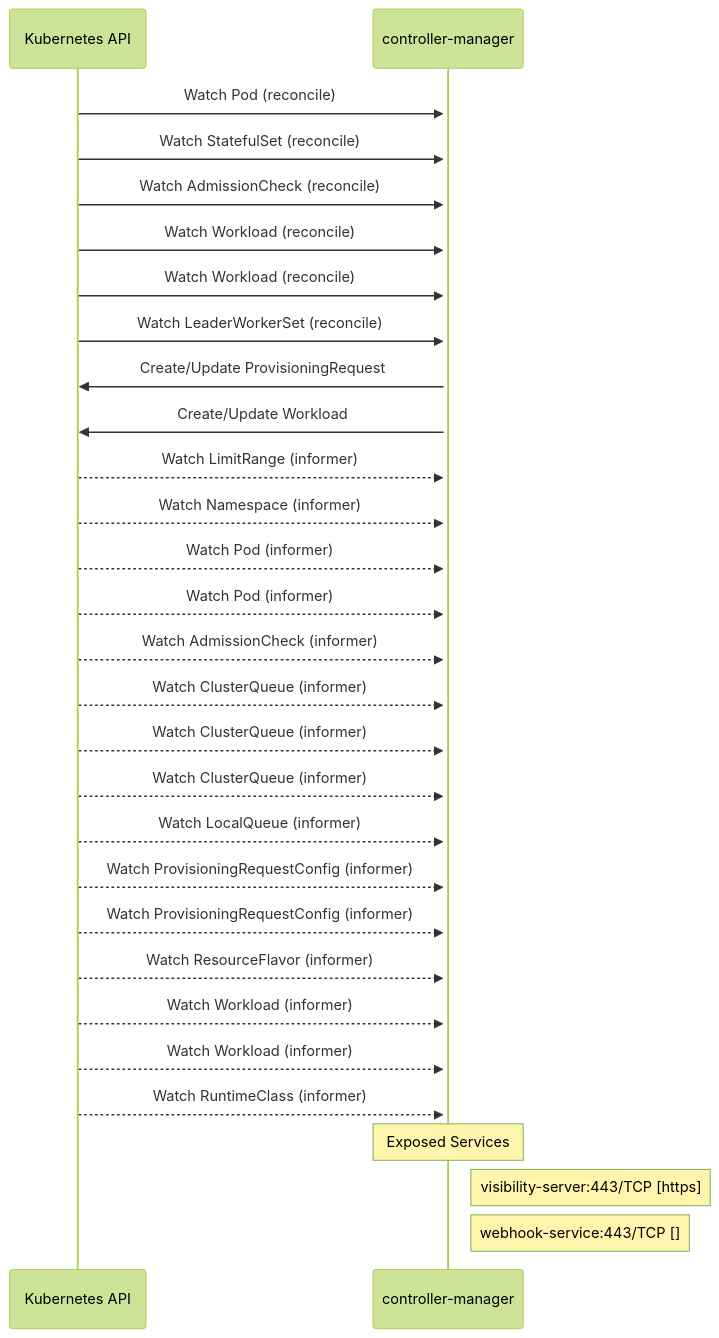
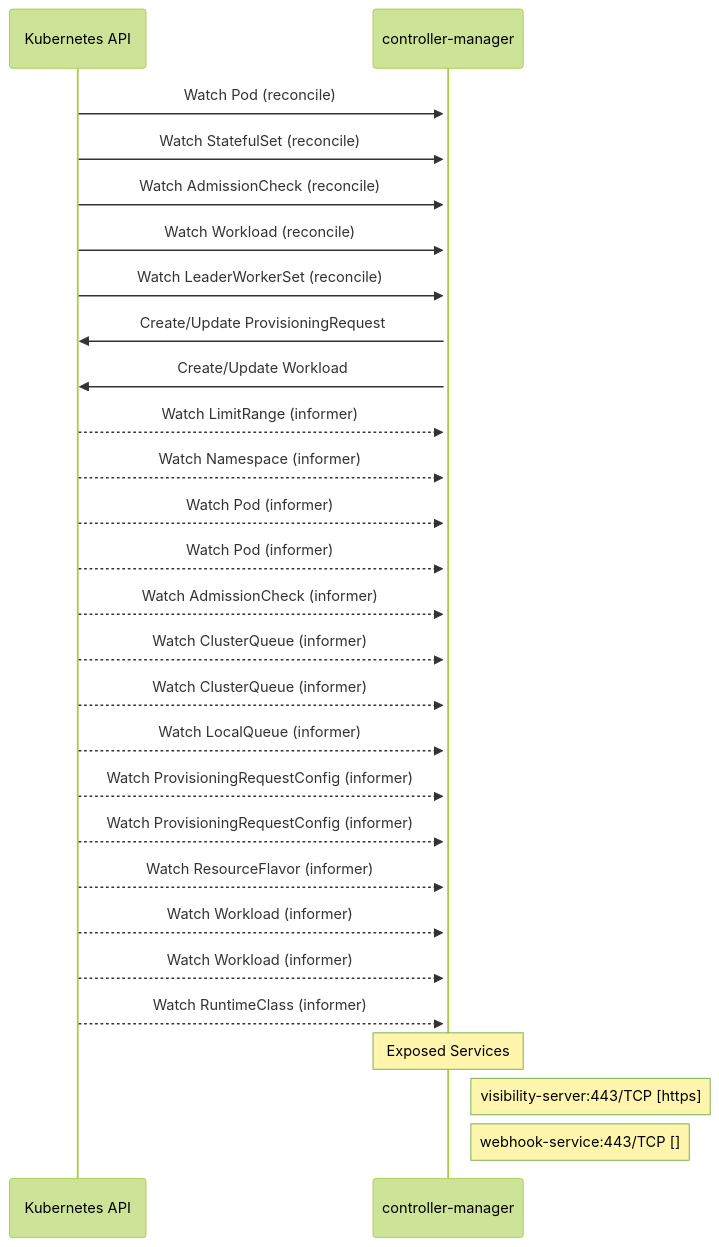
One commit to ugiordan/architecture-analyzer changed the diagram in site/docs/rhoai-platform/components/kueue/dataflow.md. Above: the diagram before and after it, drawn with Mermaid (forest theme). The commit also changed other lines of this file and 299 other files, not shown here.

````diff
--- a/site/docs/rhoai-platform/components/kueue/dataflow.md
+++ b/site/docs/rhoai-platform/components/kueue/dataflow.md
@@ -37,35 +35,33 @@
 ```mermaid
 sequenceDiagram
     %% Static dataflow for kueue
 
     participant KubernetesAPI as Kubernetes API
     participant controller_manager as controller-manager
 
     KubernetesAPI->>+controller_manager: Watch Pod (reconcile)
     KubernetesAPI->>+controller_manager: Watch StatefulSet (reconcile)
     KubernetesAPI->>+controller_manager: Watch AdmissionCheck (reconcile)
     KubernetesAPI->>+controller_manager: Watch Workload (reconcile)
-    KubernetesAPI->>+controller_manager: Watch Workload (reconcile)
     KubernetesAPI->>+controller_manager: Watch LeaderWorkerSet (reconcile)
     controller_manager->>KubernetesAPI: Create/Update ProvisioningRequest
     controller_manager->>KubernetesAPI: Create/Update Workload
     KubernetesAPI-->>+controller_manager: Watch LimitRange (informer)
     KubernetesAPI-->>+controller_manager: Watch Namespace (informer)
     KubernetesAPI-->>+controller_manager: Watch Pod (informer)
     KubernetesAPI-->>+controller_manager: Watch Pod (informer)
     KubernetesAPI-->>+controller_manager: Watch AdmissionCheck (informer)
-    KubernetesAPI-->>+controller_manager: Watch ClusterQueue (informer)
     KubernetesAPI-->>+controller_manager: Watch ClusterQueue (informer)
     KubernetesAPI-->>+controller_manager: Watch ClusterQueue (informer)
     KubernetesAPI-->>+controller_manager: Watch LocalQueue (informer)
     KubernetesAPI-->>+controller_manager: Watch ProvisioningRequestConfig (informer)
     KubernetesAPI-->>+controller_manager: Watch ProvisioningRequestConfig (informer)
     KubernetesAPI-->>+controller_manager: Watch ResourceFlavor (informer)
     KubernetesAPI-->>+controller_manager: Watch Workload (informer)
     KubernetesAPI-->>+controller_manager: Watch Workload (informer)
     KubernetesAPI-->>+controller_manager: Watch RuntimeClass (informer)
 
     Note over controller_manager: Exposed Services
     Note right of controller_manager: visibility-server:443/TCP [https]
     Note right of controller_manager: webhook-service:443/TCP []
 ```
````
